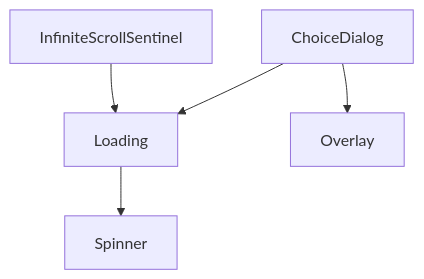
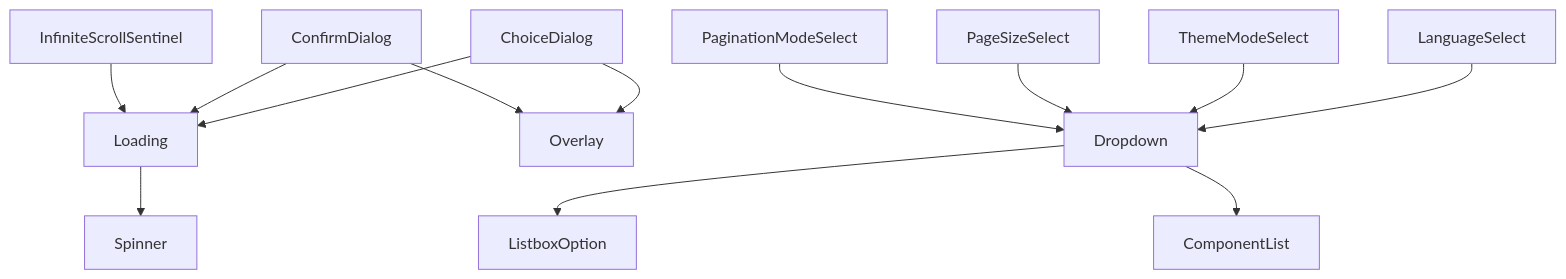
Before and after one commit to nekono-dev/skyshare: the diagram in src/components/common/README.md, drawn with Mermaid. The commit also changed other lines of this file and 229 other files, not shown here.

````diff
--- a/src/components/common/README.md
+++ b/src/components/common/README.md
@@ -5,7 +5,15 @@
 ```mermaid
 graph TD
   ChoiceDialog --> Loading
   ChoiceDialog --> Overlay
+  ConfirmDialog --> Loading
+  ConfirmDialog --> Overlay
   Loading --> Spinner
   InfiniteScrollSentinel --> Loading
+  Dropdown --> ListboxOption
+  Dropdown --> ComponentList
+  LanguageSelect --> Dropdown
+  ThemeModeSelect --> Dropdown
+  PageSizeSelect --> Dropdown
+  PaginationModeSelect --> Dropdown
 ```
````
